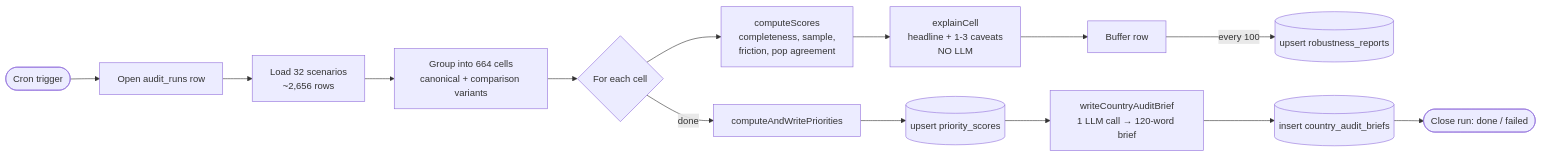
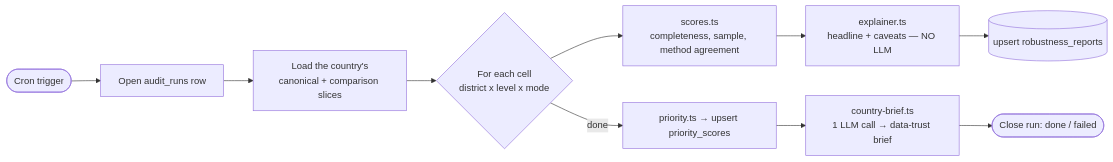
One commit to AngelaLop/eduaccess-lac changed the fourth of 4 diagrams in docs/ARCHITECTURE.md. Above: the diagram before and after it, drawn with Mermaid. The commit also changed other lines of this file and 2 other files, not shown here.

First line of the commit message:
v4: refresh README + architecture docs, add v4 summary

````diff
--- a/docs/ARCHITECTURE.md
+++ b/docs/ARCHITECTURE.md
@@ -112,16 +195,12 @@
 ```mermaid
 graph LR
     Start([Cron trigger]) --> Open[Open audit_runs row]
-    Open --> Load[Load 32 scenarios<br/>~2,656 rows]
-    Load --> Bundle[Group into 664 cells<br/>canonical + comparison variants]
-    Bundle --> Loop{For each cell}
-    Loop --> Sc[computeScores<br/>completeness, sample,<br/>friction, pop agreement]
-    Sc --> Ex[explainCell<br/>headline + 1-3 caveats<br/>NO LLM]
-    Ex --> Buf[Buffer row]
-    Buf -->|every 100| Up[(upsert robustness_reports)]
-    Loop -->|done| Pr[computeAndWritePriorities]
-    Pr --> Prw[(upsert priority_scores)]
-    Prw --> Cb[writeCountryAuditBrief<br/>1 LLM call → 120-word brief]
-    Cb --> Cbw[(insert country_audit_briefs)]
-    Cbw --> Close([Close run: done / failed])
+    Open --> Load[Load the country's<br/>canonical + comparison slices]
+    Load --> Loop{For each cell<br/>district x level x mode}
+    Loop --> Sc[scores.ts<br/>completeness, sample, method agreement]
+    Sc --> Ex[explainer.ts<br/>headline + caveats — NO LLM]
+    Ex --> Up[(upsert robustness_reports)]
+    Loop -->|done| Pr[priority.ts → upsert priority_scores]
+    Pr --> Cb[country-brief.ts<br/>1 LLM call → data-trust brief]
+    Cb --> Close([Close run: done / failed])
 ```
````
